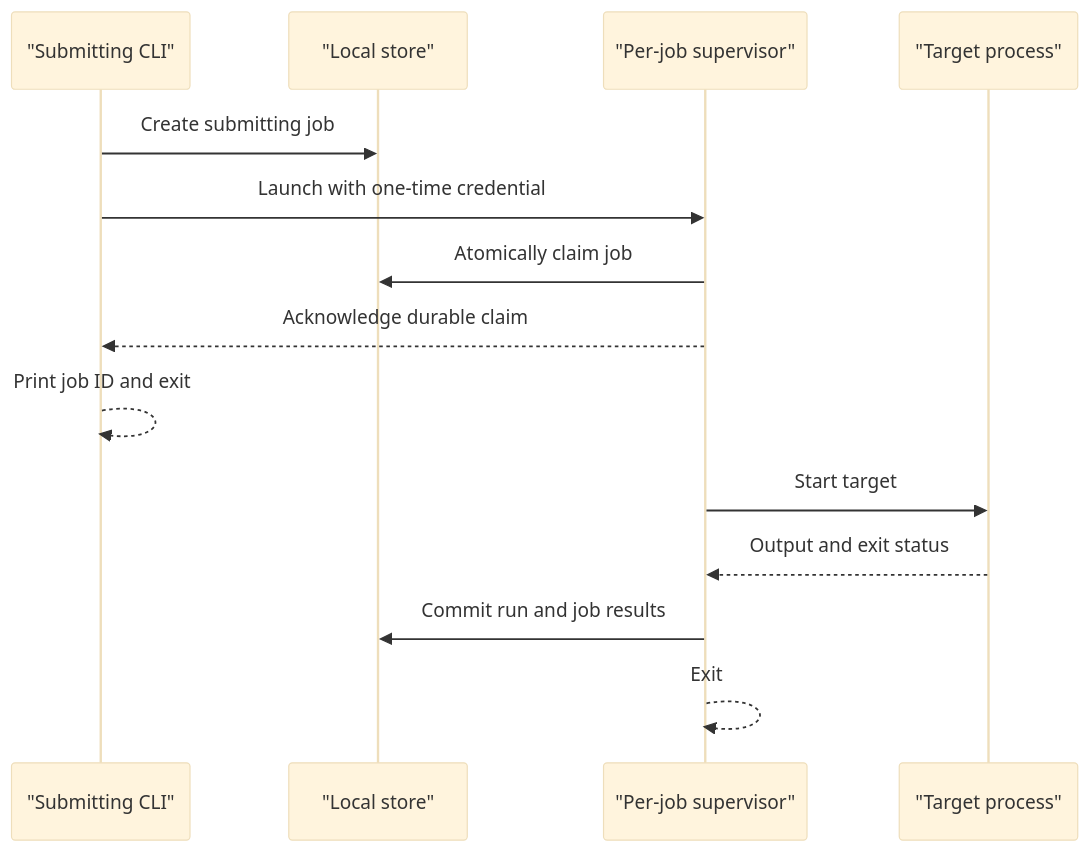
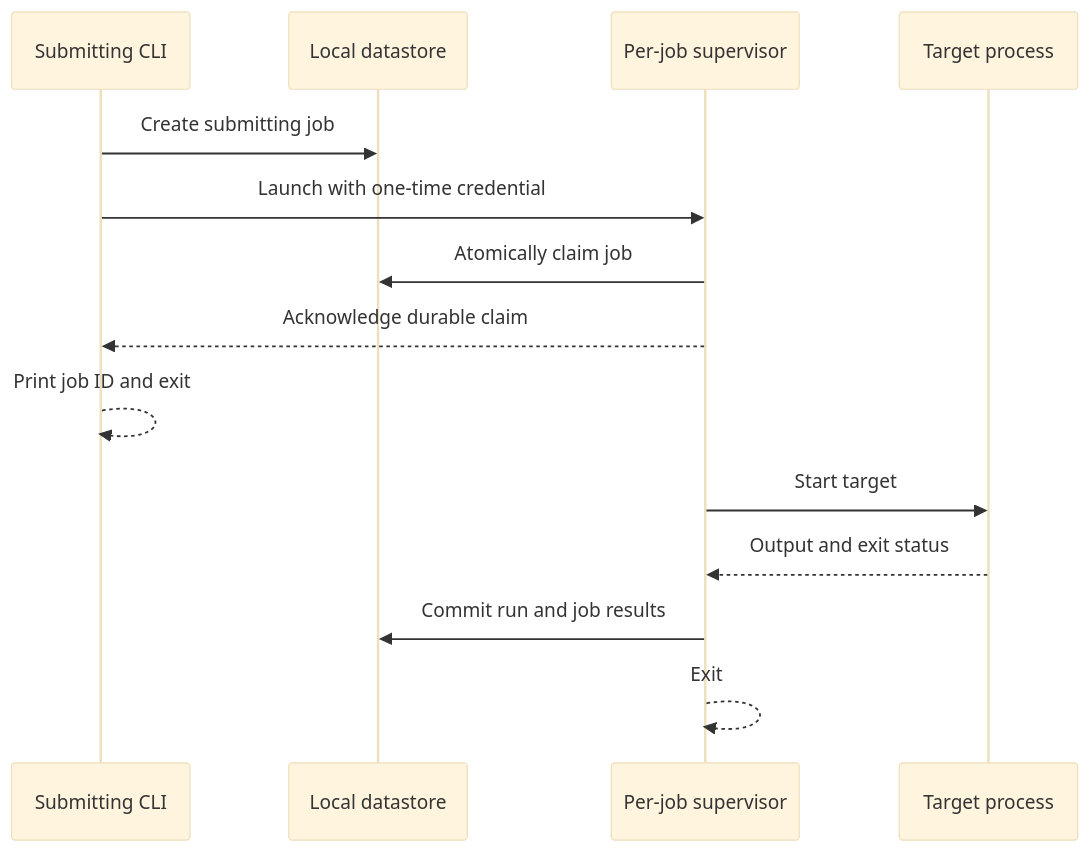
One commit to ryancswallace/ryancswallace.dev changed the second of 3 diagrams in src/data/blog/jobman-reliable-background-jobs-without-a-daemon.md. Above: the diagram before and after it, drawn with Mermaid (base theme). The commit also changed other lines of this file, not shown here.

```diff
--- a/src/data/blog/jobman-reliable-background-jobs-without-a-daemon.md
+++ b/src/data/blog/jobman-reliable-background-jobs-without-a-daemon.md
@@ -164,16 +140,16 @@
 <div class="mermaid">
 sequenceDiagram
-    participant CLI as "Submitting CLI"
-    participant DB as "Local store"
-    participant S as "Per-job supervisor"
-    participant T as "Target process"
+    participant CLI as Submitting CLI
+    participant DB as Local datastore
+    participant S as Per-job supervisor
+    participant T as Target process
     CLI->>DB: Create submitting job
     CLI->>S: Launch with one-time credential
     S->>DB: Atomically claim job
     S-->>CLI: Acknowledge durable claim
     CLI-->>CLI: Print job ID and exit
     S->>T: Start target
     T-->>S: Output and exit status
     S->>DB: Commit run and job results
     S-->>S: Exit
 </div>
```
